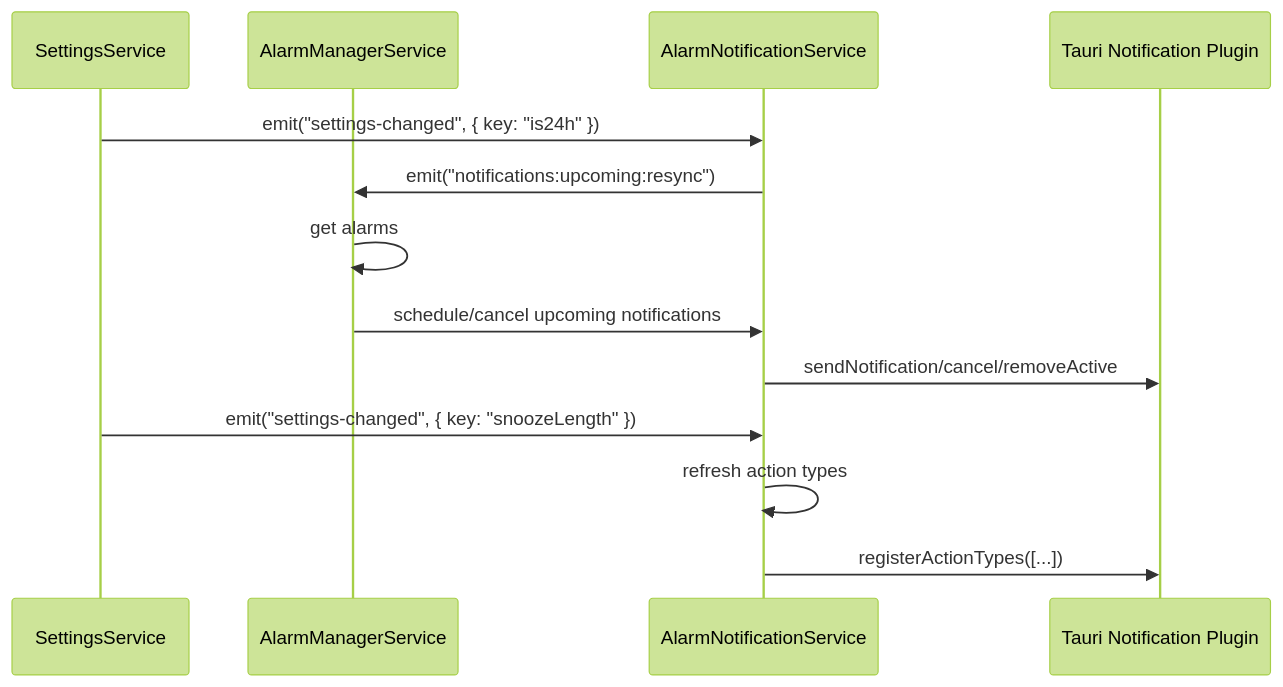
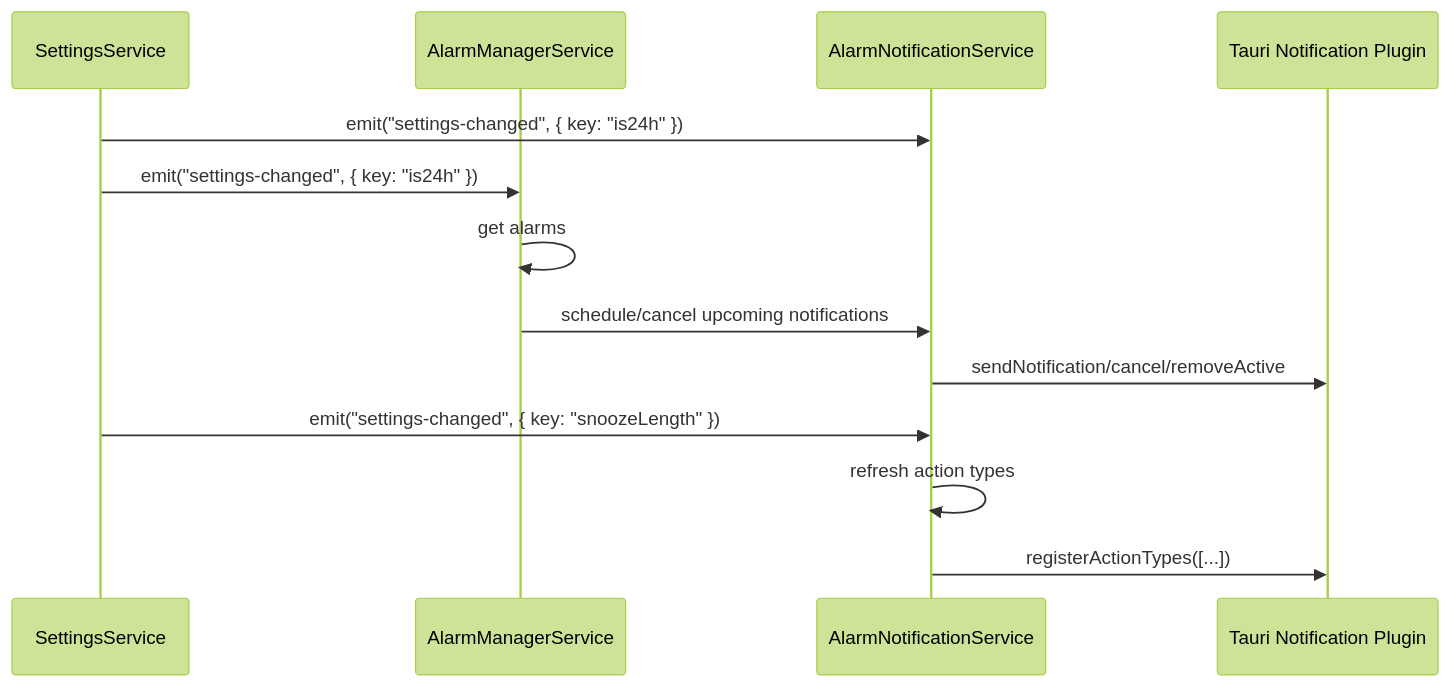
The first of 2 diagrams in docs/architecture/notification-architecture.md (liminal-hq/threshold), drawn with Mermaid (forest theme) before and after one commit. The commit also changed other lines of this file and 2 other files, not shown here.

First line of the commit message:
refactor: consume 24-hour settings changes directly in alarm and notification services

````diff
--- a/docs/architecture/notification-architecture.md
+++ b/docs/architecture/notification-architecture.md
@@ -117,17 +117,17 @@
 ```mermaid
 sequenceDiagram
     participant Settings as SettingsService
     participant AlarmMgr as AlarmManagerService
     participant NotifHub as AlarmNotificationService
     participant Tauri as Tauri Notification Plugin
 
     Settings->>NotifHub: emit("settings-changed", { key: "is24h" })
-    NotifHub->>AlarmMgr: emit("notifications:upcoming:resync")
+    Settings->>AlarmMgr: emit("settings-changed", { key: "is24h" })
     AlarmMgr->>AlarmMgr: get alarms
     AlarmMgr->>NotifHub: schedule/cancel upcoming notifications
     NotifHub->>Tauri: sendNotification/cancel/removeActive
 
     Settings->>NotifHub: emit("settings-changed", { key: "snoozeLength" })
     NotifHub->>NotifHub: refresh action types
     NotifHub->>Tauri: registerActionTypes([...])
 ```
````
